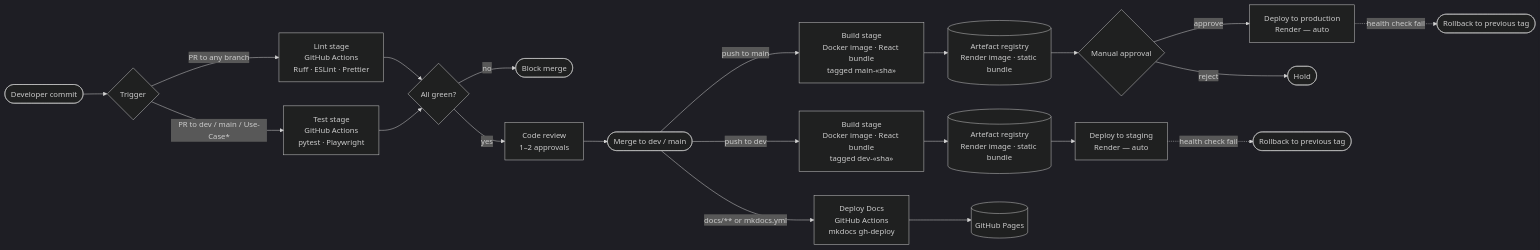
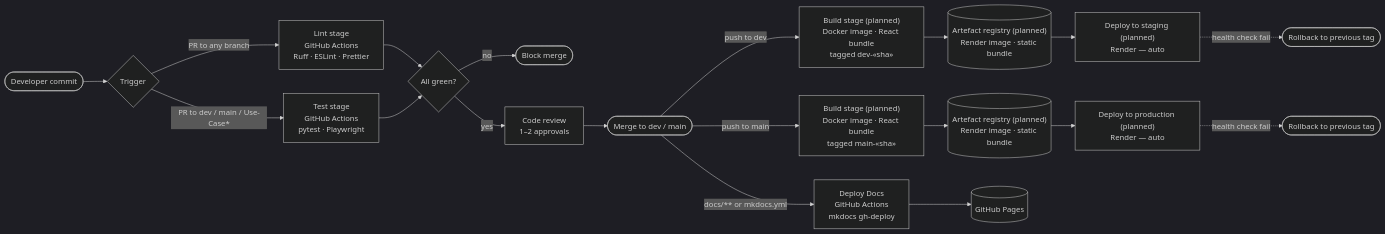
One commit to COS301-SE-2026/Gesture-Based-Drone-Control changed the third of 3 diagrams in docs/SAS.md. Above: the diagram before and after it, drawn with Mermaid (dark theme). The commit also changed other lines of this file and 8 other files, not shown here.

````diff
--- a/docs/SAS.md
+++ b/docs/SAS.md
@@ -535,29 +512,27 @@
 ```mermaid
 flowchart LR
     DEV([Developer commit]) --> PR{Trigger}
     PR -->|PR to any branch| LINT[Lint stage<br/>GitHub Actions<br/>Ruff · ESLint · Prettier]
     PR -->|PR to dev / main / Use-Case*| TEST[Test stage<br/>GitHub Actions<br/>pytest · Playwright]
 
     LINT --> GATE1{All green?}
     TEST --> GATE1
     GATE1 -- no --> FAIL([Block merge])
     GATE1 -- yes --> REVIEW[Code review<br/>1–2 approvals]
     REVIEW --> MERGE([Merge to dev / main])
 
-    MERGE -->|push to dev| BUILD_STG[Build stage<br/>Docker image · React bundle<br/>tagged dev-«sha»]
-    MERGE -->|push to main| BUILD_PROD[Build stage<br/>Docker image · React bundle<br/>tagged main-«sha»]
+    MERGE -->|push to dev| BUILD_STG["Build stage (planned)<br/>Docker image · React bundle<br/>tagged dev-«sha»"]
+    MERGE -->|push to main| BUILD_PROD["Build stage (planned)<br/>Docker image · React bundle<br/>tagged main-«sha»"]
 
-    BUILD_STG --> ART1[(Artefact registry<br/>Render image · static bundle)]
-    BUILD_PROD --> ART2[(Artefact registry<br/>Render image · static bundle)]
+    BUILD_STG --> ART1[("Artefact registry (planned)<br/>Render image · static bundle")]
+    BUILD_PROD --> ART2[("Artefact registry (planned)<br/>Render image · static bundle")]
 
-    ART1 --> DEPLOY_STG[Deploy to staging<br/>Render — auto]
-    ART2 --> APPROVE{Manual approval}
-    APPROVE -- approve --> DEPLOY_PROD[Deploy to production<br/>Render — auto]
-    APPROVE -- reject --> HOLD([Hold])
+    ART1 --> DEPLOY_STG["Deploy to staging (planned)<br/>Render — auto"]
+    ART2 --> DEPLOY_PROD["Deploy to production (planned)<br/>Render — auto"]
 
     MERGE -->|docs/** or mkdocs.yml| DOCS[Deploy Docs<br/>GitHub Actions<br/>mkdocs gh-deploy]
     DOCS --> PAGES[(GitHub Pages)]
 
     DEPLOY_STG -.->|health check fail| ROLLBACK_STG([Rollback to previous tag])
     DEPLOY_PROD -.->|health check fail| ROLLBACK_PROD([Rollback to previous tag])
 ```
````
